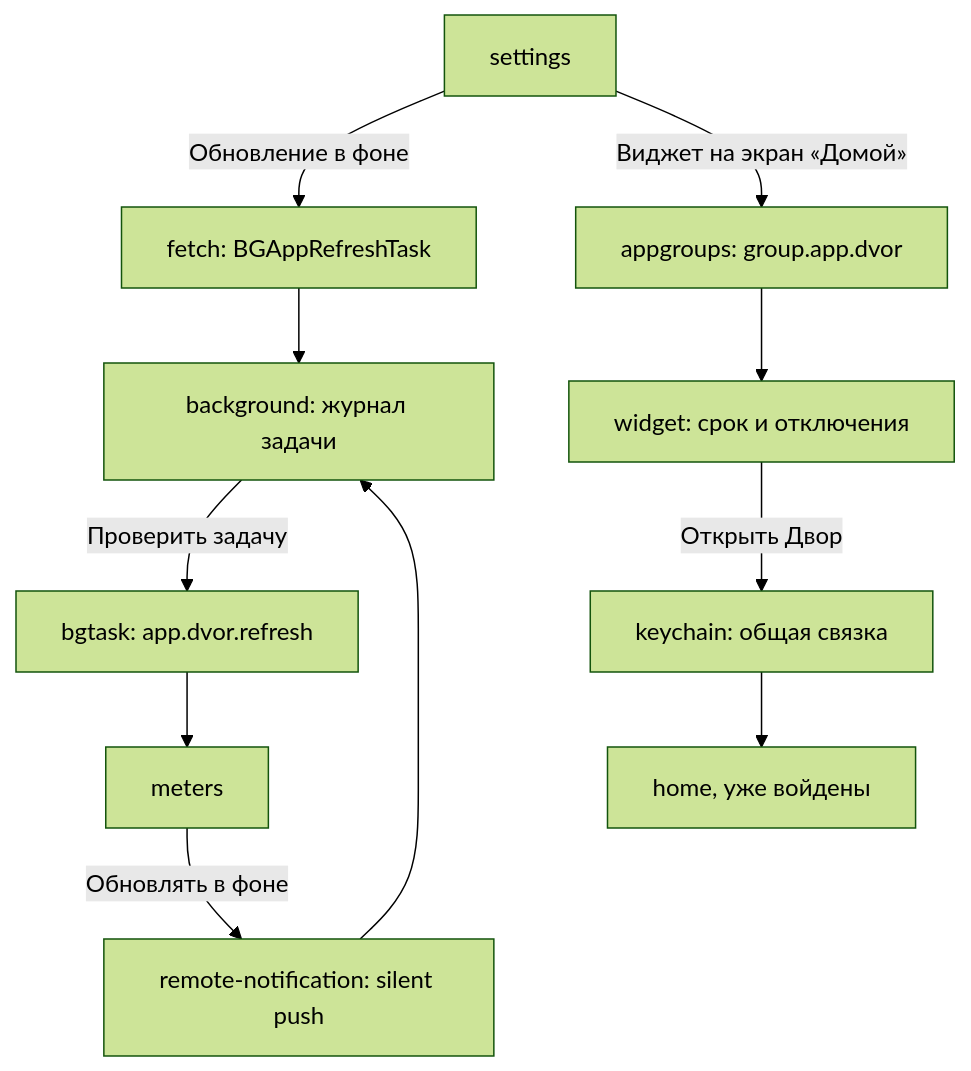
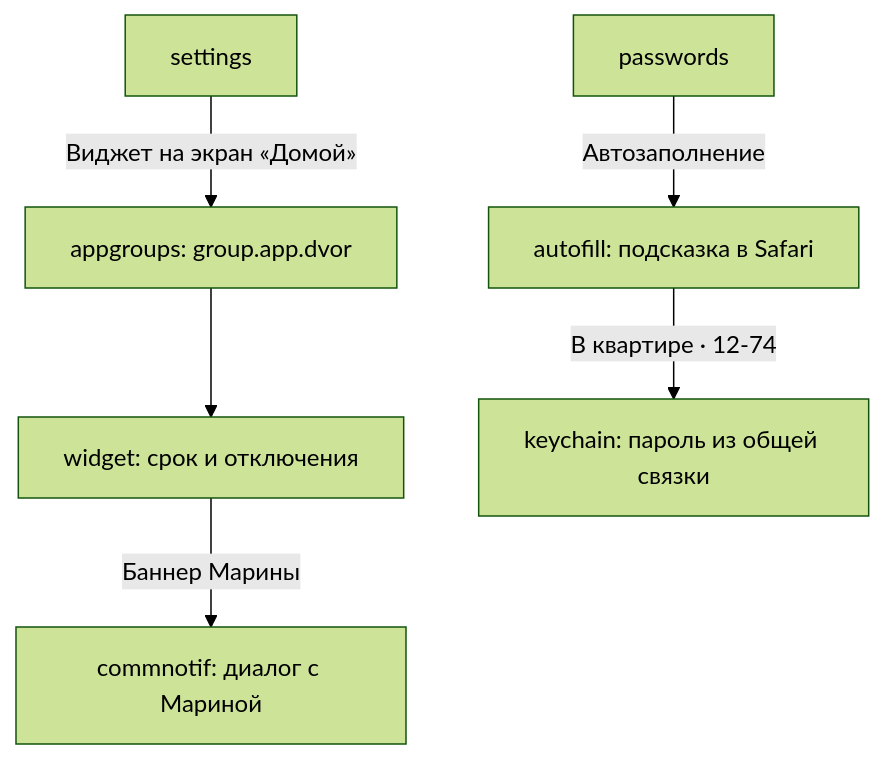
One commit to vladshukurov/concepts_new changed the fourth of 4 diagrams in platform/concepts/dvor/docs/02-architecture.md. Above: the diagram before and after it, drawn with Mermaid (forest theme). The commit also changed other lines of this file and 74 other files, not shown here.

````diff
--- a/platform/concepts/dvor/docs/02-architecture.md
+++ b/platform/concepts/dvor/docs/02-architecture.md
@@ -377,13 +369,8 @@
 ```mermaid
 flowchart TD
-  A[settings] -->|Обновление в фоне| B[fetch: BGAppRefreshTask]
-  C[meters] -->|Обновлять в фоне| D[remote-notification: silent push]
-  B --> E[background: журнал задачи]
-  D --> E
-  E -->|Проверить задачу| F[bgtask: app.dvor.refresh]
-  F --> C
-  A -->|Виджет на экран «Домой»| G[appgroups: group.app.dvor]
+  A[settings] -->|Виджет на экран «Домой»| G[appgroups: group.app.dvor]
   G --> H[widget: срок и отключения]
-  H -->|Открыть Двор| I[keychain: общая связка]
-  I --> J[home, уже войдены]
+  H -->|Баннер Марины| I[commnotif: диалог с Мариной]
+  P[passwords] -->|Автозаполнение| F[autofill: подсказка в Safari]
+  F -->|В квартире · 12-74| K[keychain: пароль из общей связки]
 ```
````
